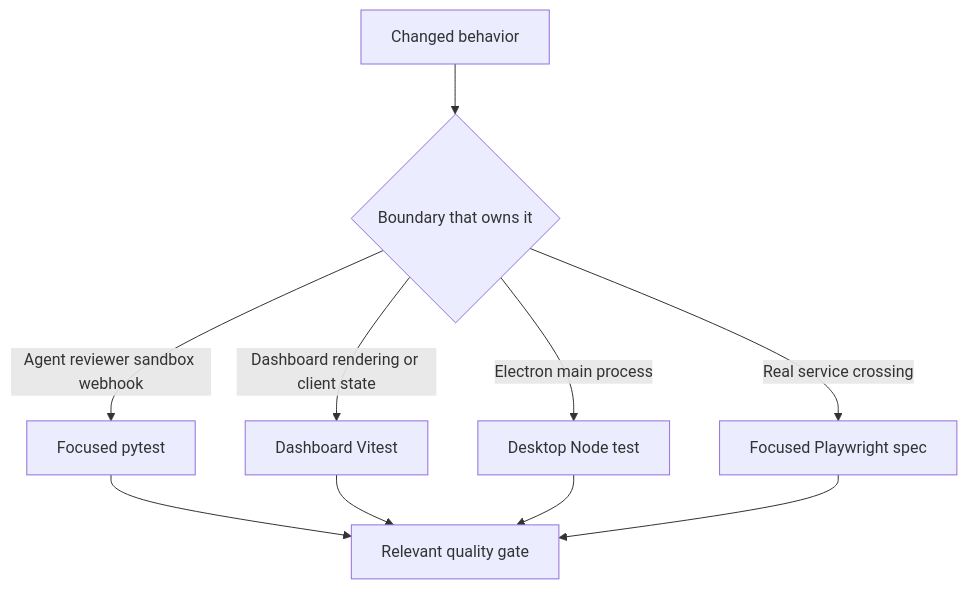
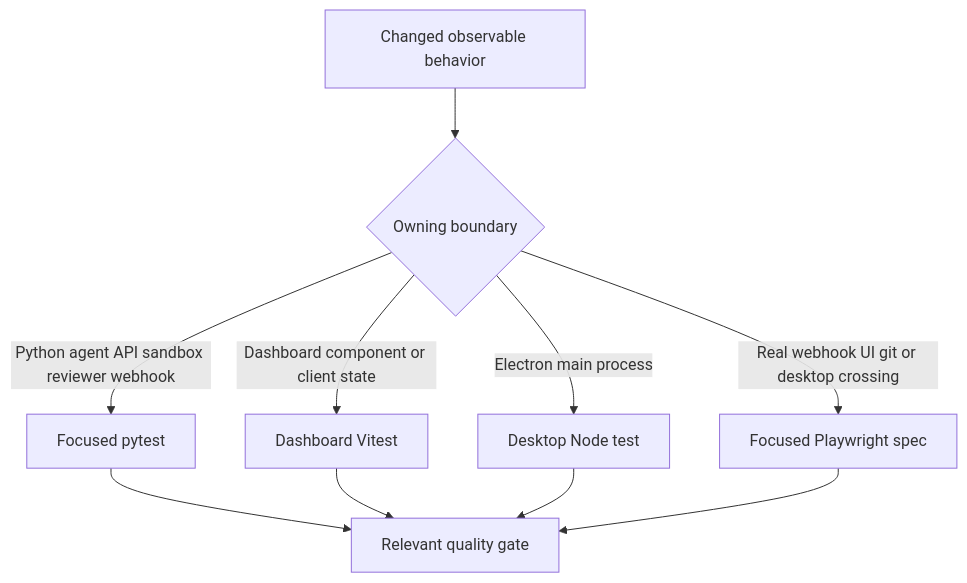
The first of 2 diagrams in openwiki/testing/overview.md (langchain-ai/open-swe), drawn with Mermaid before and after one commit. The commit also changed other lines of this file and 51 other files, not shown here.

````diff
--- a/openwiki/testing/overview.md
+++ b/openwiki/testing/overview.md
@@ -63,12 +63,12 @@
 ```mermaid
 flowchart TD
-    Change["Changed behavior"] --> Owner{"Boundary that owns it"}
-    Owner -->|"Agent reviewer sandbox webhook"| Pytest["Focused pytest"]
-    Owner -->|"Dashboard rendering or client state"| Vitest["Dashboard Vitest"]
+    Change["Changed observable behavior"] --> Owner{"Owning boundary"}
+    Owner -->|"Python agent API sandbox reviewer webhook"| Pytest["Focused pytest"]
+    Owner -->|"Dashboard component or client state"| Vitest["Dashboard Vitest"]
     Owner -->|"Electron main process"| Node["Desktop Node test"]
-    Owner -->|"Real service crossing"| Playwright["Focused Playwright spec"]
-    Pytest --> Gates["Relevant quality gate"]
-    Vitest --> Gates
-    Node --> Gates
-    Playwright --> Gates
+    Owner -->|"Real webhook UI git or desktop crossing"| Playwright["Focused Playwright spec"]
+    Pytest --> Gate["Relevant quality gate"]
+    Vitest --> Gate
+    Node --> Gate
+    Playwright --> Gate
 ```
````
